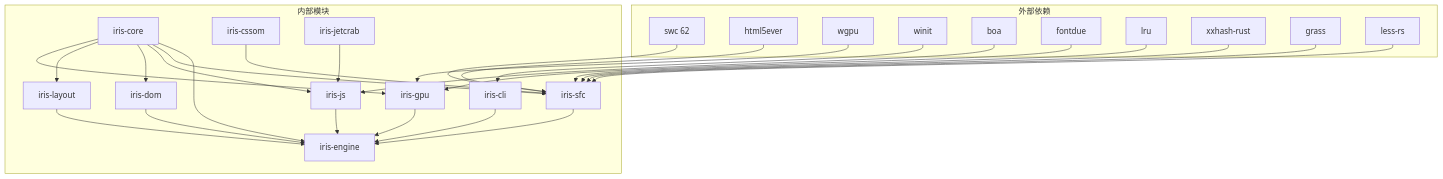
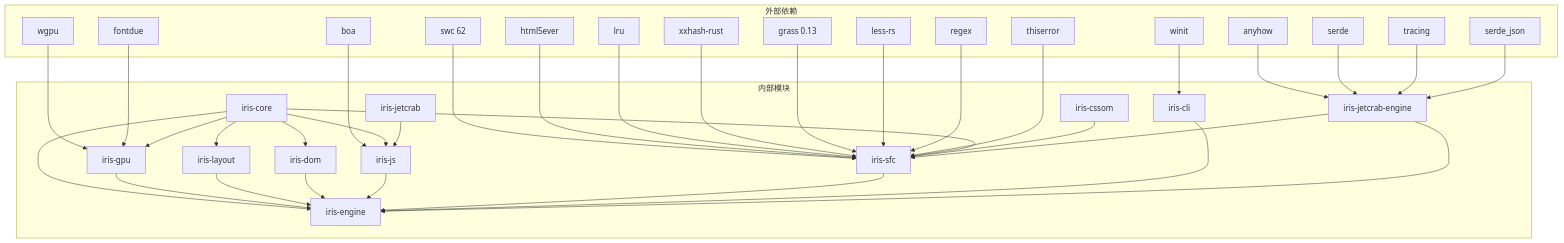
One commit to itszzl-sudo/iris changed the tenth of 10 diagrams in .qoder/repowiki/zh/content/技术架构详解/JS沙箱运行时/Iris-JetCrab引擎/Vue项目编译器.md. Above: the diagram before and after it, drawn with Mermaid. The commit also changed other lines of this file and 23 other files, not shown here.

````diff
--- a/.qoder/repowiki/zh/content/技术架构详解/JS沙箱运行时/Iris-JetCrab引擎/Vue项目编译器.md
+++ b/.qoder/repowiki/zh/content/技术架构详解/JS沙箱运行时/Iris-JetCrab引擎/Vue项目编译器.md
@@ -376,51 +435,66 @@
 ```mermaid
 graph TB
 subgraph "外部依赖"
 A[swc 62]
 B[html5ever]
 C[wgpu]
 D[winit]
 E[boa]
 F[fontdue]
 G[lru]
 H[xxhash-rust]
-I[grass]
+I[grass 0.13]
 J[less-rs]
+K[anyhow]
+L[serde]
+M[tracing]
+N[regex]
+O[serde_json]
+P[thiserror]
 end
 subgraph "内部模块"
-K[iris-core]
-L[iris-gpu]
-M[iris-layout]
-N[iris-dom]
-O[iris-js]
-P[iris-sfc]
-Q[iris-engine]
-R[iris-cli]
-S[iris-cssom]
-T[iris-jetcrab]
+Q[iris-core]
+R[iris-gpu]
+S[iris-layout]
+T[iris-dom]
+U[iris-js]
+V[iris-sfc]
+W[iris-engine]
+X[iris-cli]
+Y[iris-cssom]
+Z[iris-jetcrab]
+AA[iris-jetcrab-engine]
 end
-A --> P
-B --> P
-C --> L
-D --> R
-E --> O
-F --> L
-G --> P
-H --> P
-I --> P
-J --> P
-K --> L
-K --> M
-K --> N
-K --> O
-K --> P
-K --> Q
-L --> Q
-M --> Q
-N --> Q
-O --> Q
-P --> Q
-R --> Q
-S --> P
-T --> O
+A --> V
+B --> V
+C --> R
+D --> X
+E --> U
+F --> R
+G --> V
+H --> V
+I --> V
+J --> V
+K --> AA
+L --> AA
+M --> AA
+N --> V
+O --> AA
+P --> V
+Q --> R
+Q --> S
+Q --> T
+Q --> U
+Q --> V
+Q --> W
+R --> W
+S --> W
+T --> W
+U --> W
+V --> W
+X --> W
+Y --> V
+Z --> U
+AA --> V
+AA --> W
 ```
````
